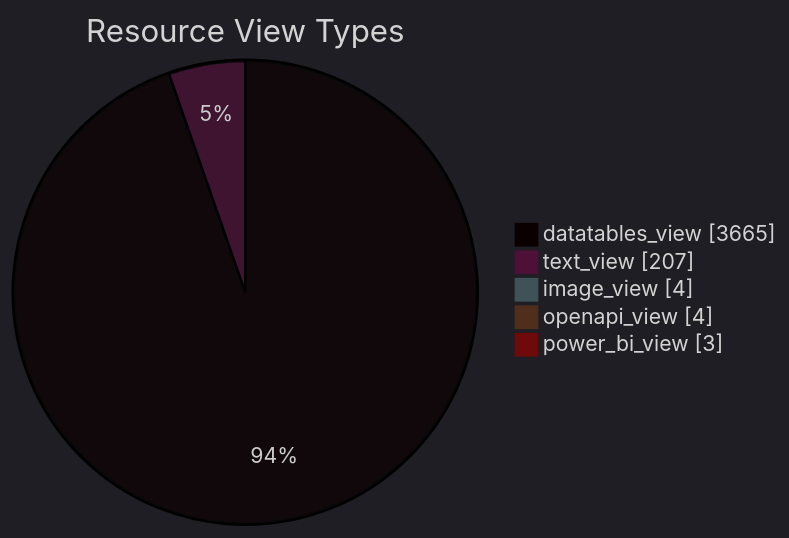
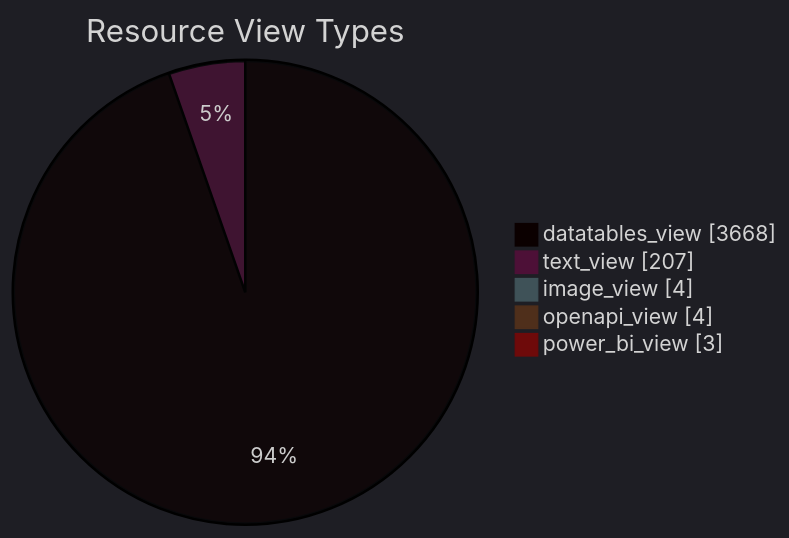
The diagram in datastore_tracker/resource_view_types_pie_chart.md (open-data/analytics-corporate-reporting), drawn with Mermaid before and after one commit. The commit also changed 9 other files, not shown here.

````diff
--- a/datastore_tracker/resource_view_types_pie_chart.md
+++ b/datastore_tracker/resource_view_types_pie_chart.md
@@ -2,12 +2,12 @@
 ```mermaid
 ---
 config:
   theme: dark
 ---
 pie showData title Resource View Types
-    "datatables_view": 3665
+    "datatables_view": 3668
     "text_view": 207
     "image_view": 4
     "openapi_view": 4
     "power_bi_view": 3
 ```
````
